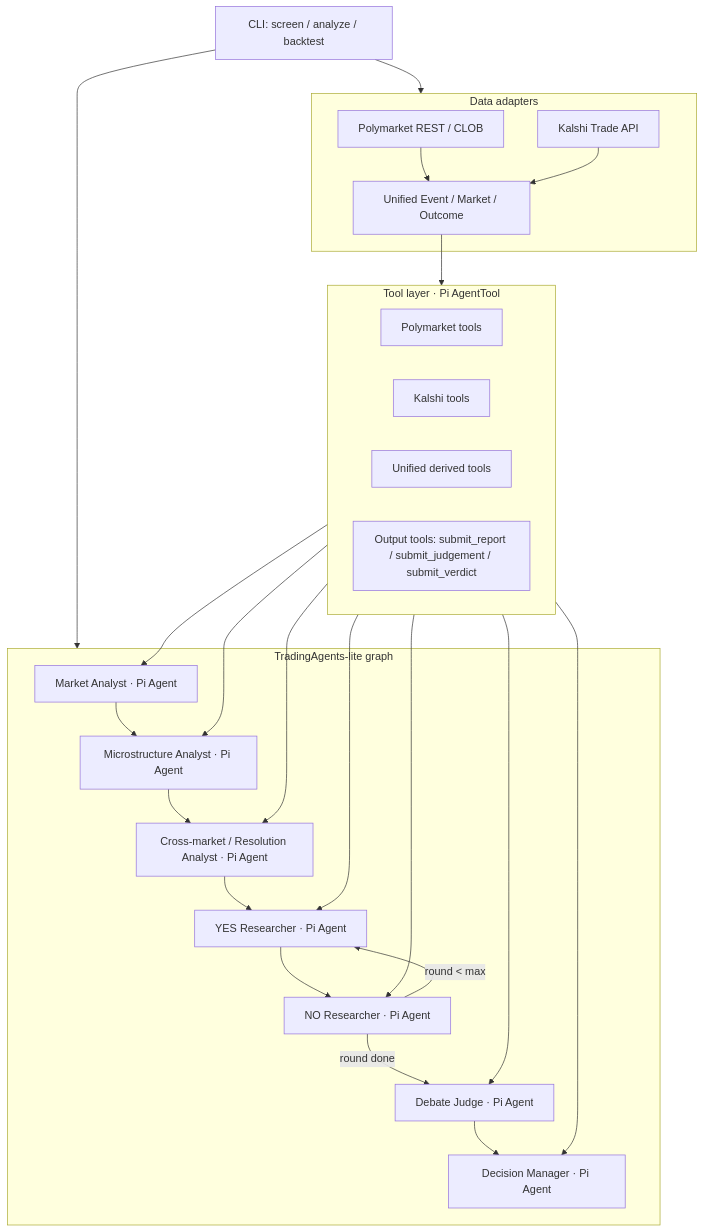
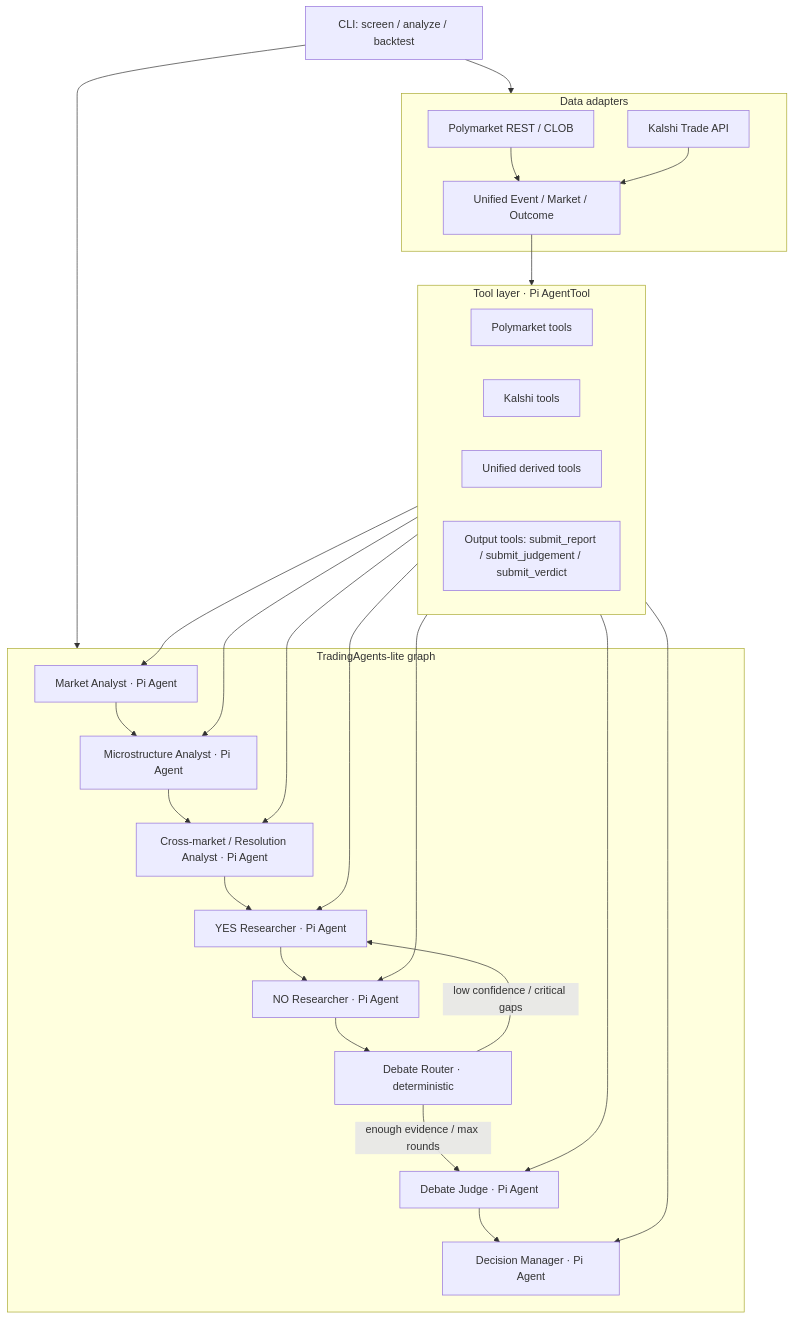
The diagram in PLAN.md (leesta24/Squirrel), drawn with Mermaid before and after one commit. The commit also changed other lines of this file and 4 other files, not shown here.

Commit message:
Add state-driven v2 debate router

````diff
--- a/PLAN.md
+++ b/PLAN.md
@@ -135,43 +135,45 @@
 ```mermaid
 flowchart TD
   CLI[CLI: screen / analyze / backtest]
 
   subgraph D[Data adapters]
     PM[Polymarket REST / CLOB]
     KS[Kalshi Trade API]
     U[Unified Event / Market / Outcome]
     PM --> U
     KS --> U
   end
 
   subgraph T[Tool layer · Pi AgentTool]
     PT[Polymarket tools]
     KT[Kalshi tools]
     UT[Unified derived tools]
     OT[Output tools: submit_report / submit_judgement / submit_verdict]
   end
 
   subgraph G[TradingAgents-lite graph]
     MA[Market Analyst · Pi Agent]
     MI[Microstructure Analyst · Pi Agent]
     XA[Cross-market / Resolution Analyst · Pi Agent]
     YES[YES Researcher · Pi Agent]
     NO[NO Researcher · Pi Agent]
+    R[Debate Router · deterministic]
     J[Debate Judge · Pi Agent]
     DM[Decision Manager · Pi Agent]
   end
 
   CLI --> D
   U --> T
   CLI --> G
   T --> MA
   T --> MI
   T --> XA
   T --> YES
   T --> NO
   T --> J
   T --> DM
   MA --> MI --> XA --> YES --> NO
-  NO -->|round < max| YES
-  NO -->|round done| J --> DM
+  NO --> R
+  R -->|low confidence / critical gaps| YES
+  R -->|enough evidence / max rounds| J --> DM
 ```
````
